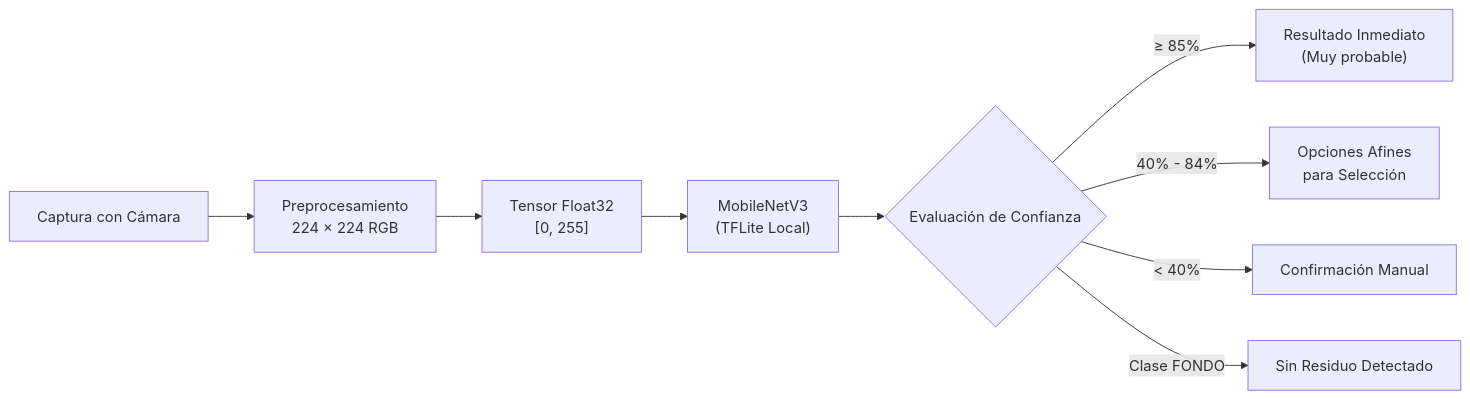
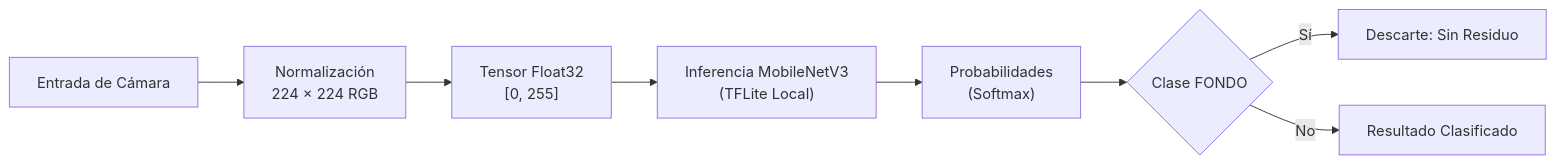
The second of 3 diagrams in README.md (C3RLOSMORENO/EcoResiduos), drawn with Mermaid before and after one commit. The commit also changed other lines of this file and 12 other files, not shown here.

````diff
--- a/README.md
+++ b/README.md
@@ -101,12 +176,10 @@
 ```mermaid
 flowchart LR
-    A["Captura con Cámara"] --> B["Preprocesamiento<br/>224 × 224 RGB"]
+    A["Entrada de Cámara"] --> B["Normalización<br/>224 × 224 RGB"]
     B --> C["Tensor Float32<br/>[0, 255]"]
-    C --> D["MobileNetV3<br/>(TFLite Local)"]
-    D --> E{Evaluación de Confianza}
-
-    E -->|"≥ 85%"| F["Resultado Inmediato<br/>(Muy probable)"]
-    E -->|"40% - 84%"| G["Opciones Afines<br/>para Selección"]
-    E -->|"< 40%"| H["Confirmación Manual"]
-    E -->|"Clase FONDO"| I["Sin Residuo Detectado"]
+    C --> D["Inferencia MobileNetV3<br/>(TFLite Local)"]
+    D --> E["Probabilidades<br/>(Softmax)"]
+    E --> F{"Clase FONDO"}
+    F -- Sí --> G["Descarte: Sin Residuo"]
+    F -- No --> H["Resultado Clasificado"]
 ```
````
